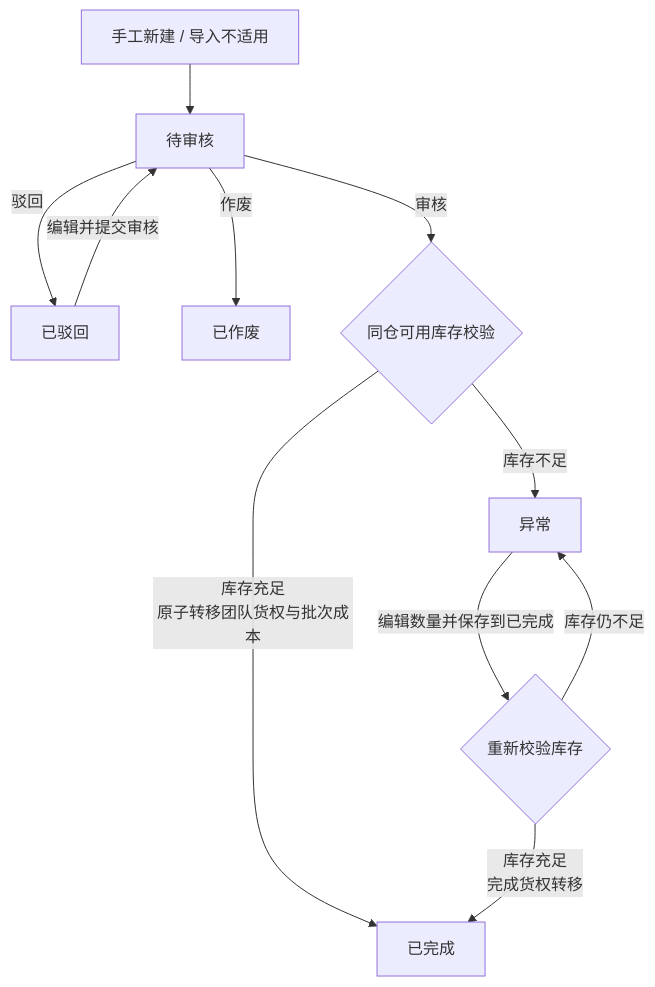
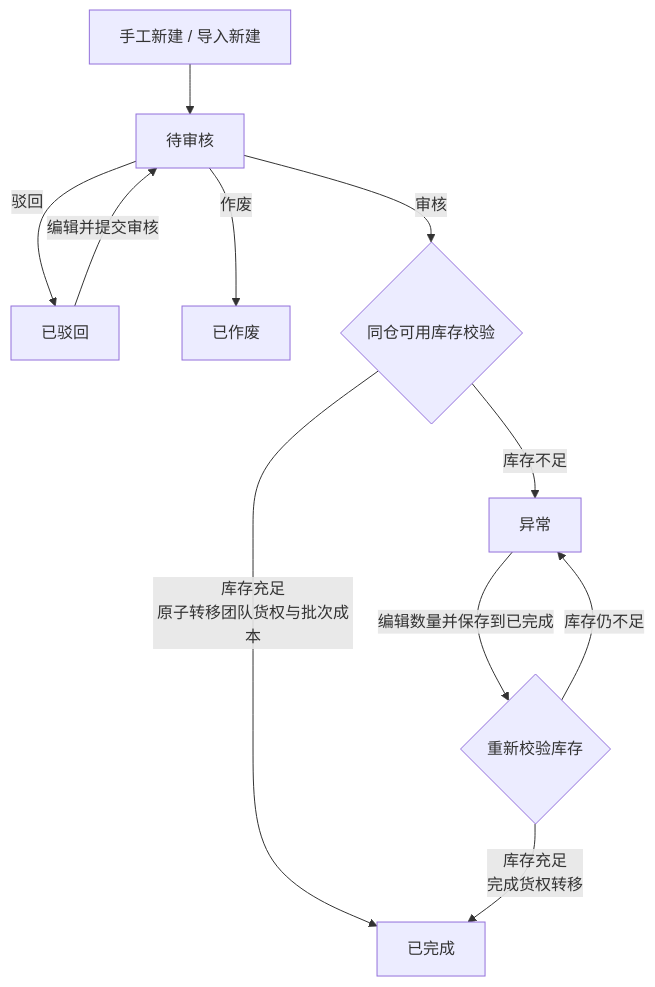
The second of 2 diagrams in PRD/调拨单全流程管理-PRD.md (heiquanrenheiquanren-lab/Middle-Platform-Pages), drawn with Mermaid before and after one commit. The commit also changed other lines of this file and 24 other files, not shown here.

````diff
--- a/PRD/调拨单全流程管理-PRD.md
+++ b/PRD/调拨单全流程管理-PRD.md
@@ -61,13 +62,13 @@
 ```mermaid
 flowchart TD
-    A[手工新建 / 导入不适用] --> B[待审核]
+    A[手工新建 / 导入新建] --> B[待审核]
     B -->|驳回| C[已驳回]
     B -->|作废| D[已作废]
     C -->|编辑并提交审核| B
     B -->|审核| E{同仓可用库存校验}
     E -->|库存充足<br/>原子转移团队货权与批次成本| F[已完成]
     E -->|库存不足| G[异常]
     G -->|编辑数量并保存到已完成| H{重新校验库存}
     H -->|库存充足<br/>完成货权转移| F
     H -->|库存仍不足| G
 ```
````
